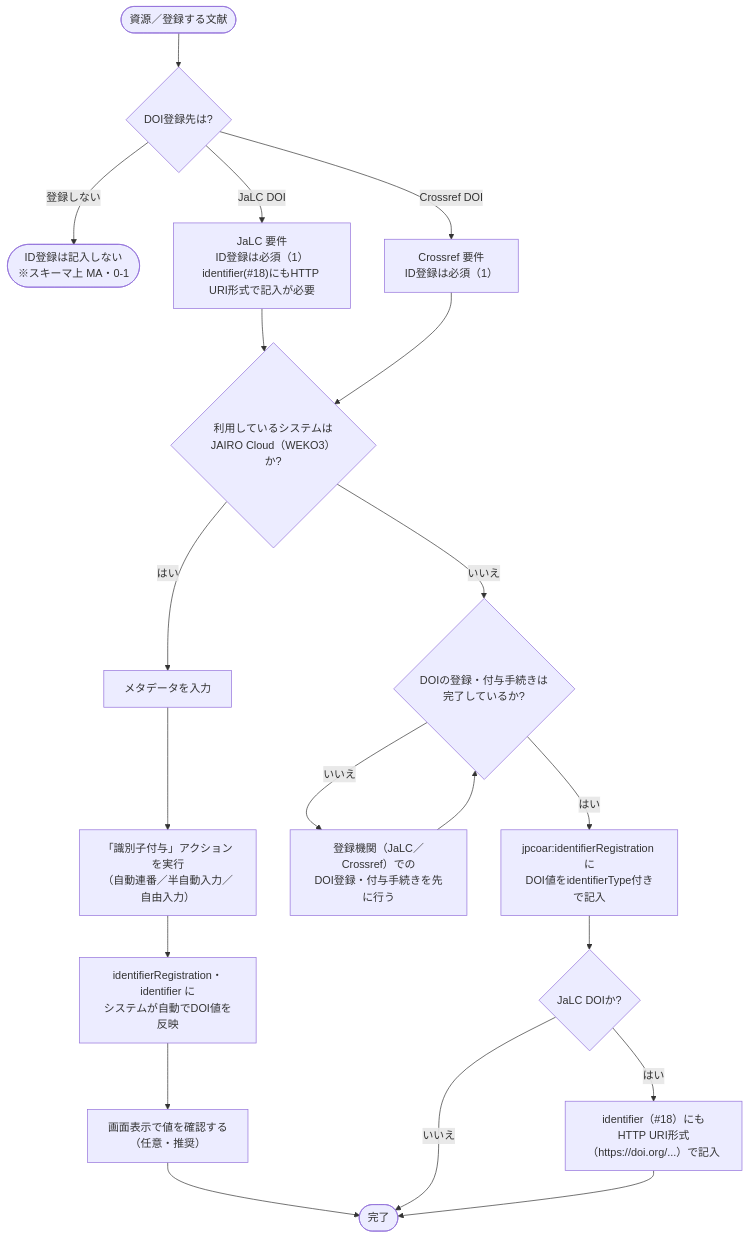
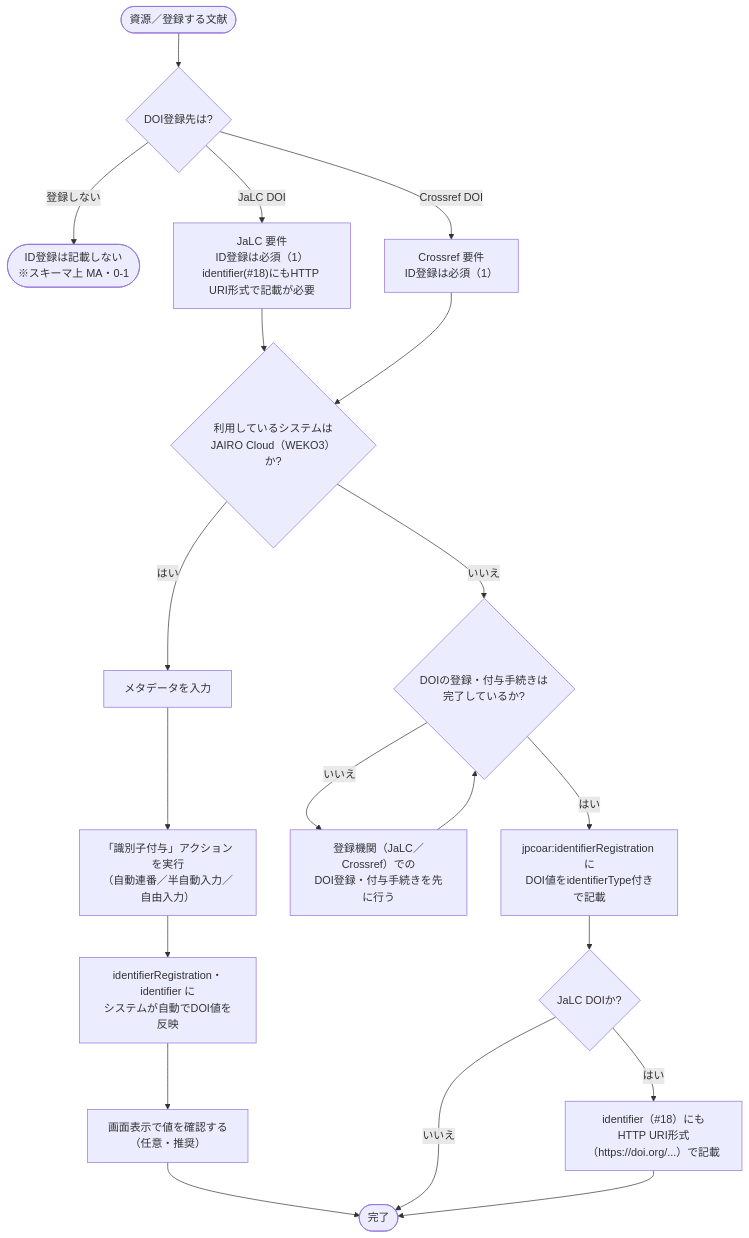
The diagram in decision-trees/identifier-registration.md (tzhaya/jpcoarschema-helper), drawn with Mermaid before and after one commit. The commit also changed other lines of this file and 6 other files, not shown here.

````diff
--- a/decision-trees/identifier-registration.md
+++ b/decision-trees/identifier-registration.md
@@ -41,28 +41,28 @@
 ```mermaid
 flowchart TD
     R([資源／登録する文献]) --> Q1{DOI登録先は?}
 
-    Q1 -- 登録しない --> ENDX([ID登録は記入しない<br/>※スキーマ上 MA・0-1])
-    Q1 -- JaLC DOI --> CTX1["JaLC 要件<br/>ID登録は必須（1）<br/>identifier(#18)にもHTTP URI形式で記入が必要"]
+    Q1 -- 登録しない --> ENDX([ID登録は記載しない<br/>※スキーマ上 MA・0-1])
+    Q1 -- JaLC DOI --> CTX1["JaLC 要件<br/>ID登録は必須（1）<br/>identifier(#18)にもHTTP URI形式で記載が必要"]
     Q1 -- Crossref DOI --> CTX2["Crossref 要件<br/>ID登録は必須（1）"]
 
     CTX1 --> Q2
     CTX2 --> Q2
 
     Q2{利用しているシステムは<br/>JAIRO Cloud（WEKO3）か?}
 
     Q2 -- はい --> P1["メタデータを入力"]
     P1 --> P2["「識別子付与」アクションを実行<br/>（自動連番／半自動入力／自由入力）"]
     P2 --> P3["identifierRegistration・identifier に<br/>システムが自動でDOI値を反映"]
     P3 --> P4["画面表示で値を確認する<br/>（任意・推奨）"]
     P4 --> END([完了])
 
     Q2 -- いいえ --> D3{DOIの登録・付与手続きは<br/>完了しているか?}
     D3 -- いいえ --> A3["登録機関（JaLC／Crossref）での<br/>DOI登録・付与手続きを先に行う"]
     A3 --> D3
-    D3 -- はい --> A4["jpcoar:identifierRegistration に<br/>DOI値をidentifierType付きで記入"]
+    D3 -- はい --> A4["jpcoar:identifierRegistration に<br/>DOI値をidentifierType付きで記載"]
     A4 --> D4{JaLC DOIか?}
-    D4 -- はい --> A5["identifier（#18）にも<br/>HTTP URI形式（https://doi.org/...）で記入"]
+    D4 -- はい --> A5["identifier（#18）にも<br/>HTTP URI形式（https://doi.org/...）で記載"]
     D4 -- いいえ --> END
     A5 --> END
 ```
````
